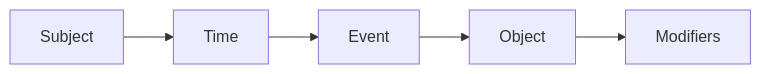
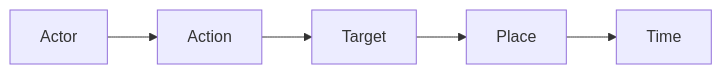
One commit to Fonora/fonora changed the first of 3 diagrams in docs/fonoran-grammar.md. Above: the diagram before and after it, drawn with Mermaid. The commit also changed other lines of this file and 9 other files, not shown here.

````diff
--- a/docs/fonoran-grammar.md
+++ b/docs/fonoran-grammar.md
@@ -233,9 +241,9 @@
 ```mermaid
 flowchart LR
-  S["Subject"]
-  T["Time"]
-  E["Event"]
-  O["Object"]
-  M["Modifiers"]
-  S --> T --> E --> O --> M
+  Actor["Actor"]
+  Action["Action"]
+  Target["Target"]
+  Place["Place"]
+  Time["Time"]
+  Actor --> Action --> Target --> Place --> Time
 ```
````
